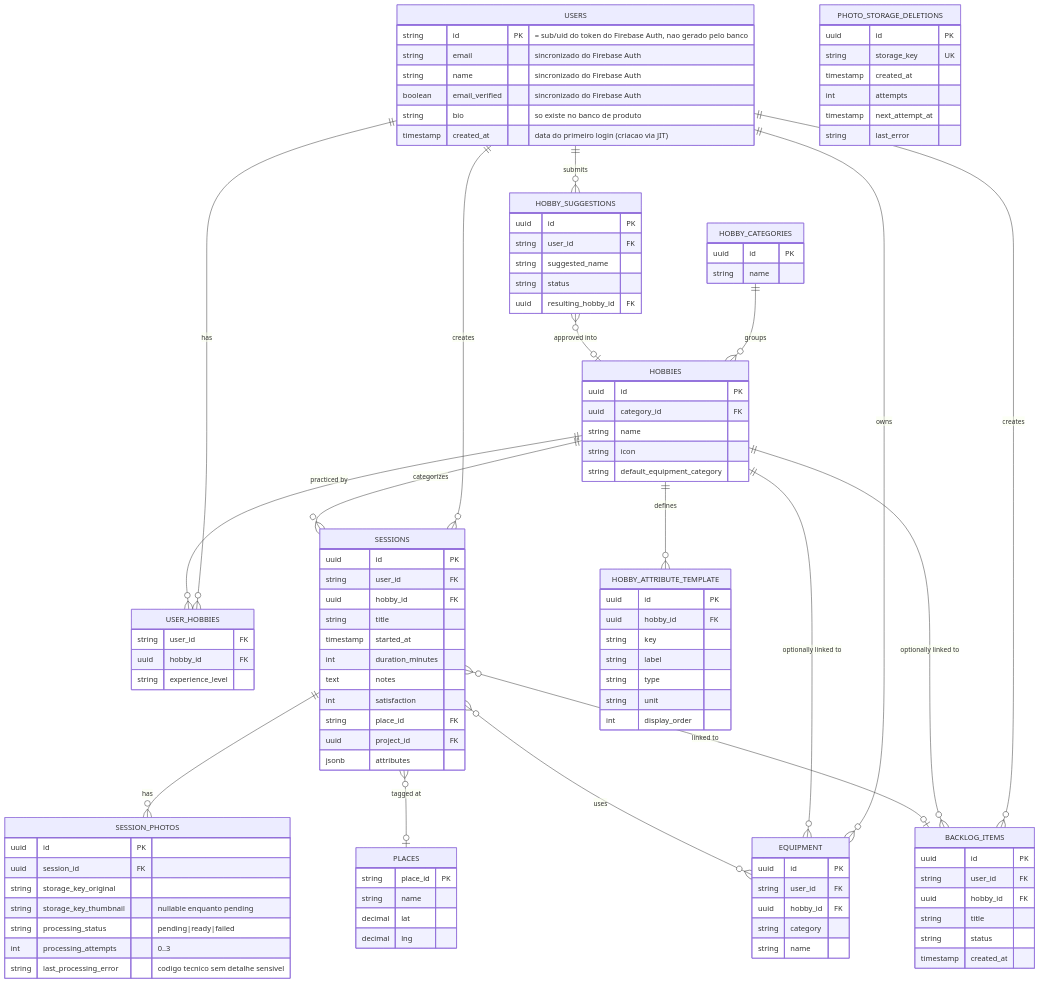
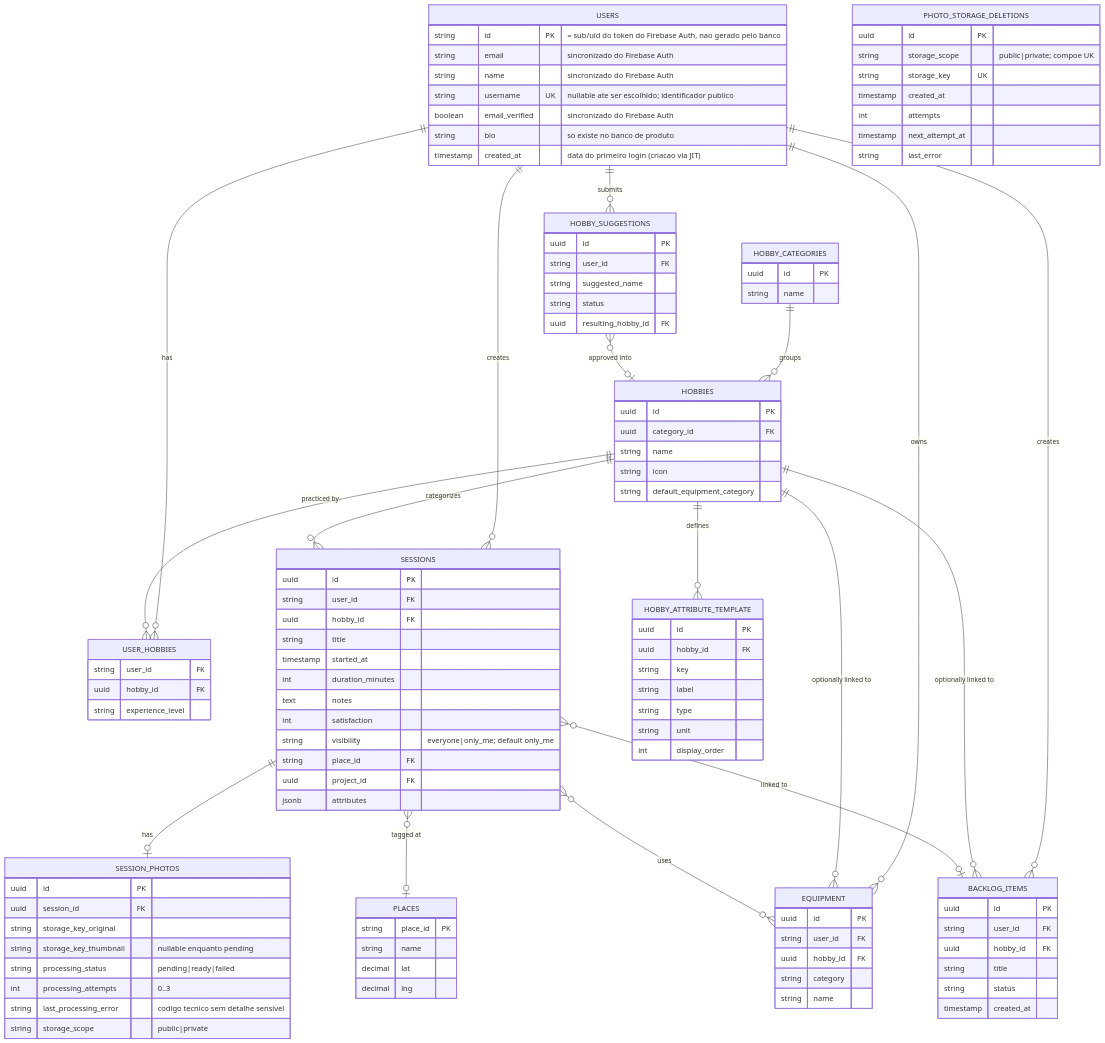
One commit to JoaoDallagnol/hobby-saas-backend changed the first of 2 diagrams in docs/modelagem-banco-dados.md. Above: the diagram before and after it, drawn with Mermaid. The commit also changed other lines of this file and 65 other files, not shown here.

Commit message:
feat: add session visibility and public profiles

```diff
--- a/docs/modelagem-banco-dados.md
+++ b/docs/modelagem-banco-dados.md
@@ -21,7 +21,7 @@
     HOBBIES ||--o{ EQUIPMENT : "optionally linked to"
     HOBBIES ||--o{ BACKLOG_ITEMS : "optionally linked to"
 
-    SESSIONS ||--o{ SESSION_PHOTOS : has
+    SESSIONS ||--o| SESSION_PHOTOS : has
     SESSIONS }o--o{ EQUIPMENT : uses
     SESSIONS }o--o| PLACES : "tagged at"
     SESSIONS }o--o| BACKLOG_ITEMS : "linked to"
@@ -32,6 +32,7 @@
         string id PK "= sub/uid do token do Firebase Auth, nao gerado pelo banco"
         string email "sincronizado do Firebase Auth"
         string name "sincronizado do Firebase Auth"
+        string username UK "nullable ate ser escolhido; identificador publico"
         boolean email_verified "sincronizado do Firebase Auth"
         string bio "so existe no banco de produto"
         timestamp created_at "data do primeiro login (criacao via JIT)"
@@ -75,6 +76,7 @@
         int duration_minutes
         text notes
         int satisfaction
+        string visibility "everyone|only_me; default only_me"
         string place_id FK
         uuid project_id FK
         jsonb attributes
@@ -88,10 +90,12 @@
         string processing_status "pending|ready|failed"
         int processing_attempts "0..3"
         string last_processing_error "codigo tecnico sem detalhe sensivel"
+        string storage_scope "public|private"
     }
 
     PHOTO_STORAGE_DELETIONS {
         uuid id PK
+        string storage_scope "public|private; compoe UK"
         string storage_key UK
         timestamp created_at
         int attempts
```
